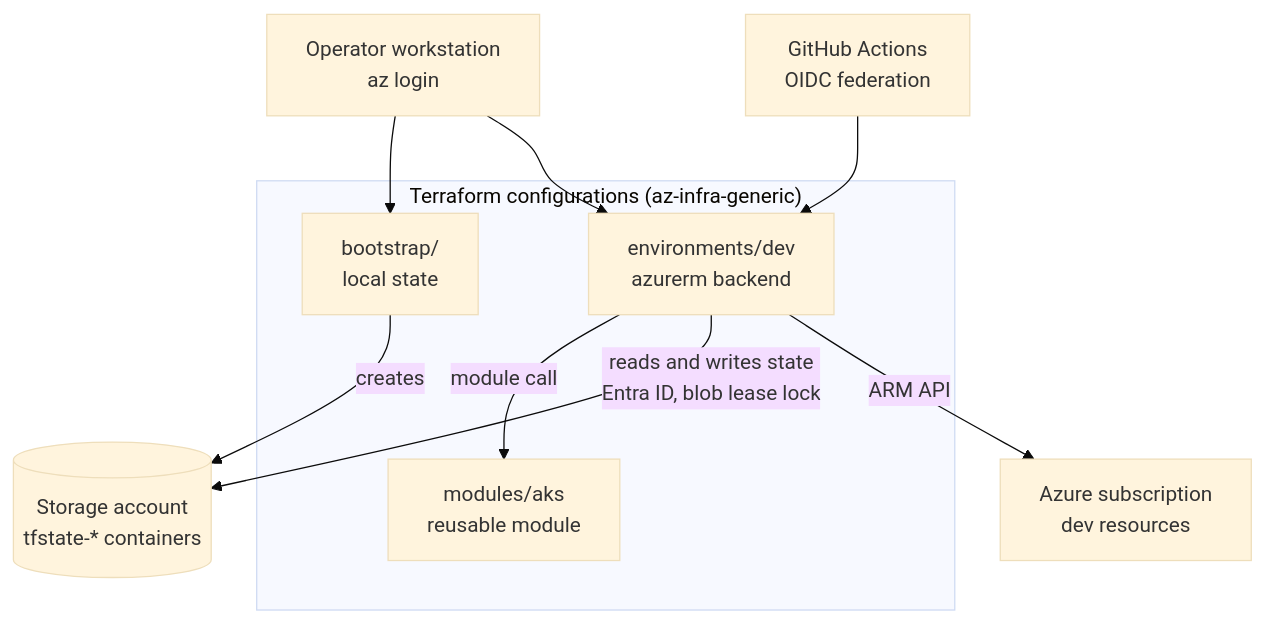
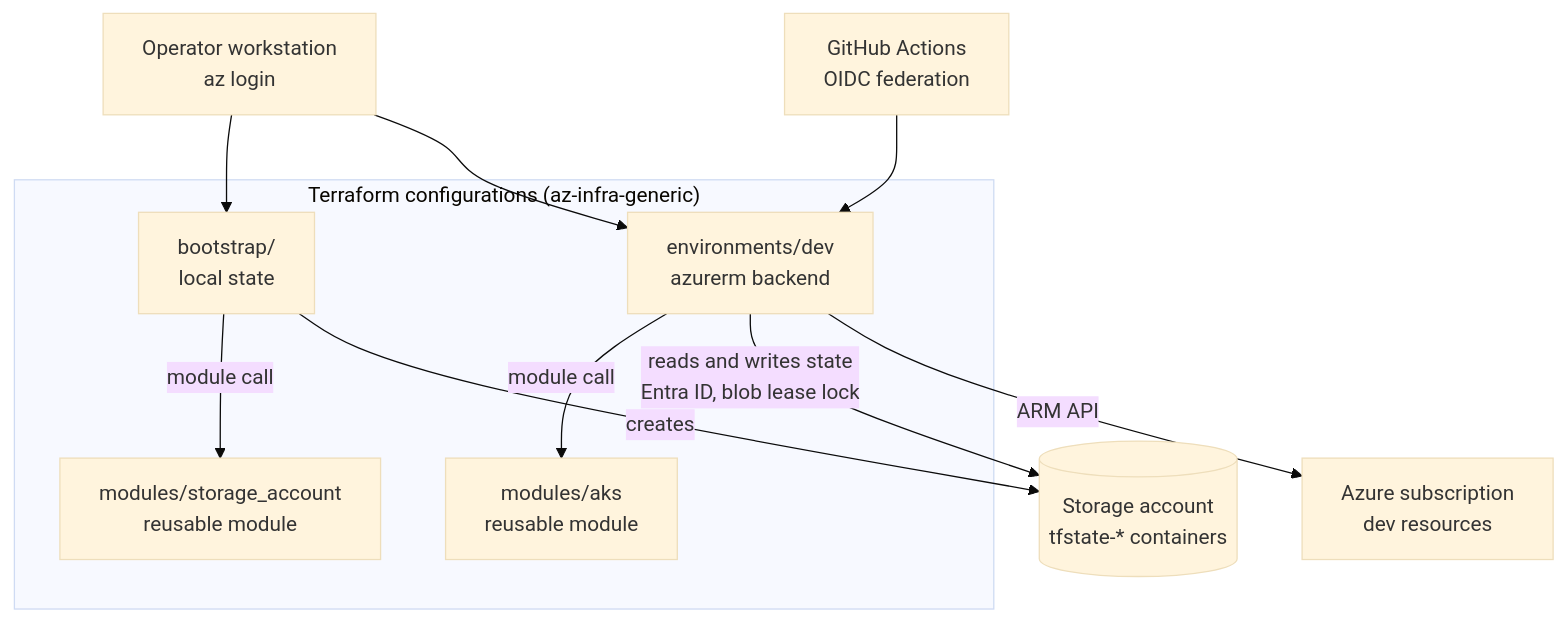
One commit to herculeihasa/generic-infra changed the first of 4 diagrams in az-infra-generic/docs/runbooks/01-architecture.md. Above: the diagram before and after it, drawn with Mermaid (base theme). The commit also changed other lines of this file and 12 other files, not shown here.

````diff
--- a/az-infra-generic/docs/runbooks/01-architecture.md
+++ b/az-infra-generic/docs/runbooks/01-architecture.md
@@ -36,15 +39,17 @@
 ```mermaid
 flowchart TD
     OP["Operator workstation<br/>az login"] --> BS
     CI["GitHub Actions<br/>OIDC federation"] --> ENV
     OP --> ENV
     subgraph TF["Terraform configurations (az-infra-generic)"]
         BS["bootstrap/<br/>local state"]
         ENV["environments/dev<br/>azurerm backend"]
         MOD["modules/aks<br/>reusable module"]
+        MODSA["modules/storage_account<br/>reusable module"]
         ENV -->|"module call"| MOD
+        BS -->|"module call"| MODSA
     end
     BS -->|"creates"| SA[("Storage account<br/>tfstate-* containers")]
     ENV -->|"reads and writes state<br/>Entra ID, blob lease lock"| SA
     ENV -->|"ARM API"| AZ["Azure subscription<br/>dev resources"]
 ```
````
